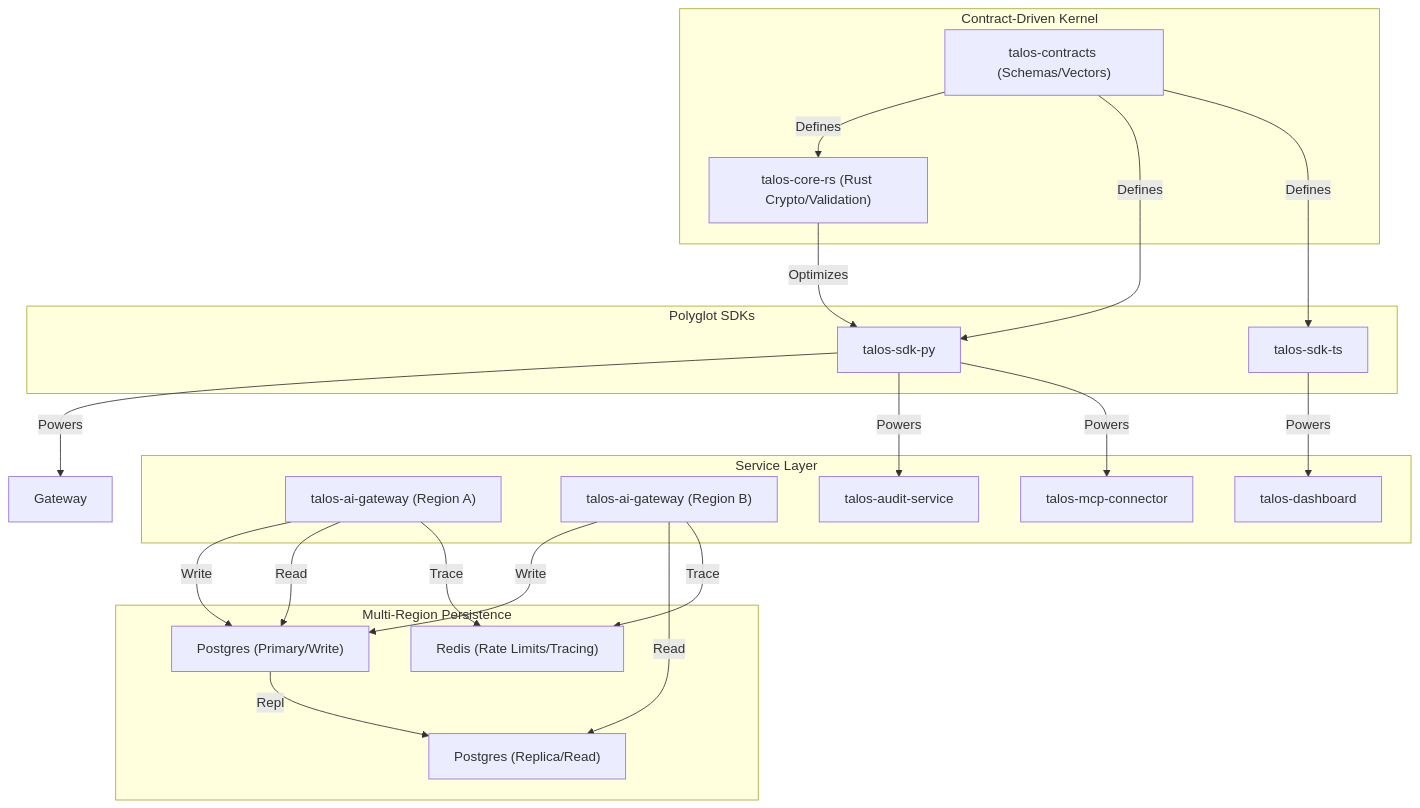
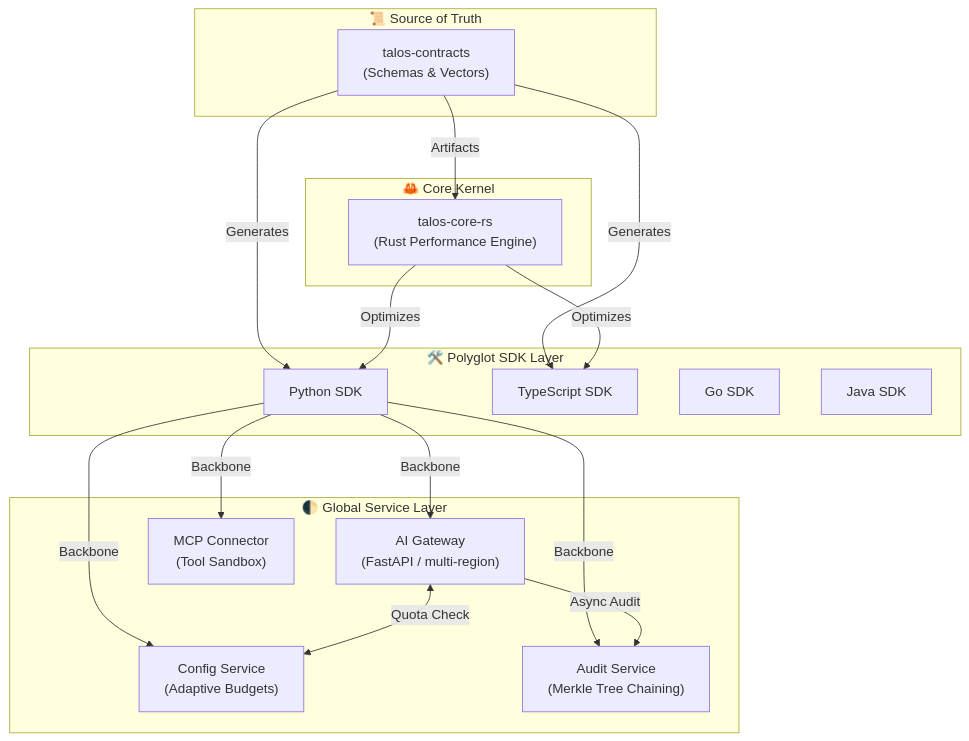
The second of 2 diagrams in architecture/overview.md (talosprotocol/talos-docs), drawn with Mermaid before and after one commit. The commit also changed other lines of this file and 3 other files, not shown here.

````diff
--- a/architecture/overview.md
+++ b/architecture/overview.md
@@ -29,51 +48,44 @@
 ```mermaid
 graph TD
-    %% Core Kernel (Source of Truth)
-    subgraph Kernel ["Contract-Driven Kernel"]
-        Contracts["talos-contracts (Schemas/Vectors)"]
-        CoreRS["talos-core-rs (Rust Crypto/Validation)"]
+    %% Source of Truth
+    subgraph Truth ["📜 Source of Truth"]
+        Contracts["talos-contracts\n(Schemas & Vectors)"]
     end
 
-    %% Multi-Region Infrastructure
-    subgraph Infra ["Multi-Region Persistence"]
-        Primary["Postgres (Primary/Write)"]
-        Replica["Postgres (Replica/Read)"]
-        Cache["Redis (Rate Limits/Tracing)"]
+    %% Polyglot Core
+    subgraph Kernel ["🦀 Core Kernel"]
+        CoreRS["talos-core-rs\n(Rust Performance Engine)"]
     end
 
-    %% SDK Layer (Ports & Adapters)
-    subgraph SDK ["Polyglot SDKs"]
-        SDK_PY[talos-sdk-py]
-        SDK_TS[talos-sdk-ts]
+    %% Multi-Language SDKs
+    subgraph SDKs ["🛠️ Polyglot SDK Layer"]
+        SDK_PY[Python SDK]
+        SDK_TS[TypeScript SDK]
+        SDK_GO[Go SDK]
+        SDK_JAVA[Java SDK]
     end
 
-    %% Service Layer (Consumers)
-    subgraph Services ["Service Layer"]
-        Gateway_A["talos-ai-gateway (Region A)"]
-        Gateway_B["talos-ai-gateway (Region B)"]
-        Audit["talos-audit-service"]
-        Connector["talos-mcp-connector"]
-        Dashboard["talos-dashboard"]
+    %% Service Layer
+    subgraph Services ["🌓 Global Service Layer"]
+        Gateway["AI Gateway\n(FastAPI / multi-region)"]
+        Config["Config Service\n(Adaptive Budgets)"]
+        Audit["Audit Service\n(Merkle Tree Chaining)"]
+        Connector["MCP Connector\n(Tool Sandbox)"]
     end
 
-    %% Multi-Region Flow
-    Gateway_A -->|Write| Primary
-    Gateway_A -->|Read| Primary
-    Gateway_B -->|Write| Primary
-    Gateway_B -->|Read| Replica
-    Primary -->|Repl| Replica
-    Gateway_A & Gateway_B -->|Trace| Cache
-
     %% Relationships
-    Contracts -->|Defines| CoreRS
-    Contracts -->|Defines| SDK_PY
-    Contracts -->|Defines| SDK_TS
+    Contracts -->|Generates| SDK_PY
+    Contracts -->|Generates| SDK_TS
+    Contracts -->|Artifacts| CoreRS
 
     CoreRS -->|Optimizes| SDK_PY
+    CoreRS -->|Optimizes| SDK_TS
 
-    SDK_PY -->|Powers| Gateway
-    SDK_PY -->|Powers| Audit
-    SDK_PY -->|Powers| Connector
+    SDK_PY -->|Backbone| Gateway
+    SDK_PY -->|Backbone| Config
+    SDK_PY -->|Backbone| Audit
+    SDK_PY -->|Backbone| Connector
 
-    SDK_TS -->|Powers| Dashboard
+    Gateway <-->|Quota Check| Config
+    Gateway -->|Async Audit| Audit
 ```
````
